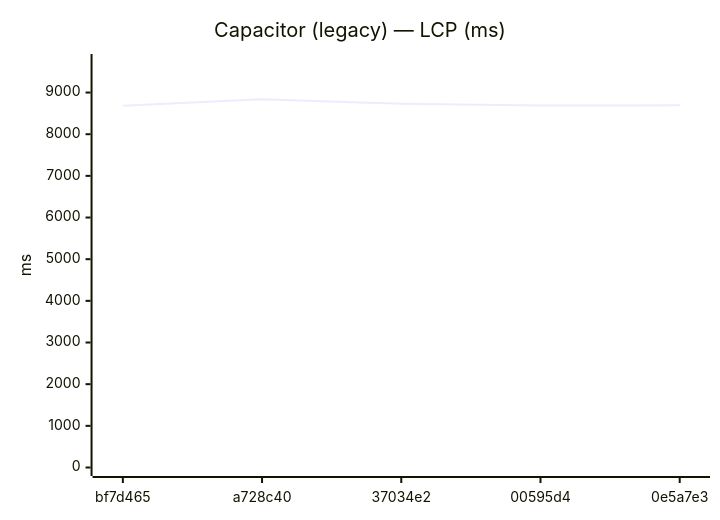
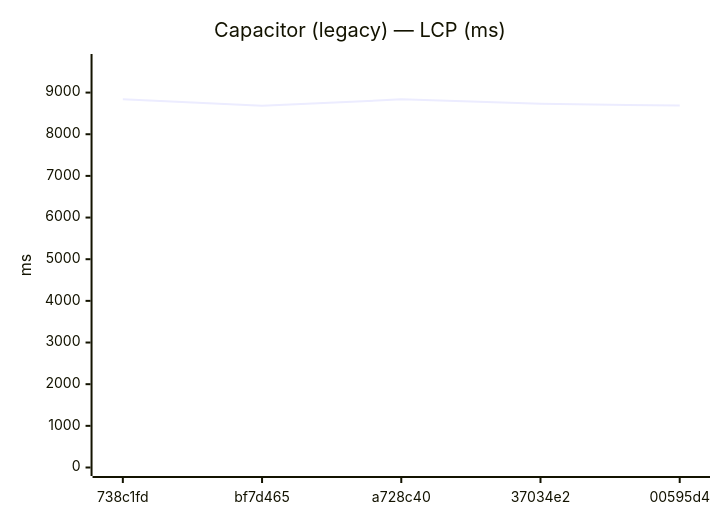
Diagram 13 of 24 in benchmarks/compare.md (Metaheurist/Rianell), drawn with Mermaid before and after one commit. The commit also changed other lines of this file and 13 other files, not shown here.

````diff
--- a/benchmarks/compare.md
+++ b/benchmarks/compare.md
@@ -194,7 +194,7 @@
 ```mermaid
 xychart-beta
     title "Capacitor (legacy) — LCP (ms)"
-    x-axis ["bf7d465", "a728c40", "37034e2", "00595d4", "0e5a7e3"]
-    y-axis "ms" 0 --> 9721
-    line [8681, 8837, 8731, 8688, 8693]
+    x-axis ["738c1fd", "bf7d465", "a728c40", "37034e2", "00595d4"]
+    y-axis "ms" 0 --> 9722
+    line [8838, 8681, 8837, 8731, 8688]
 ```
````
